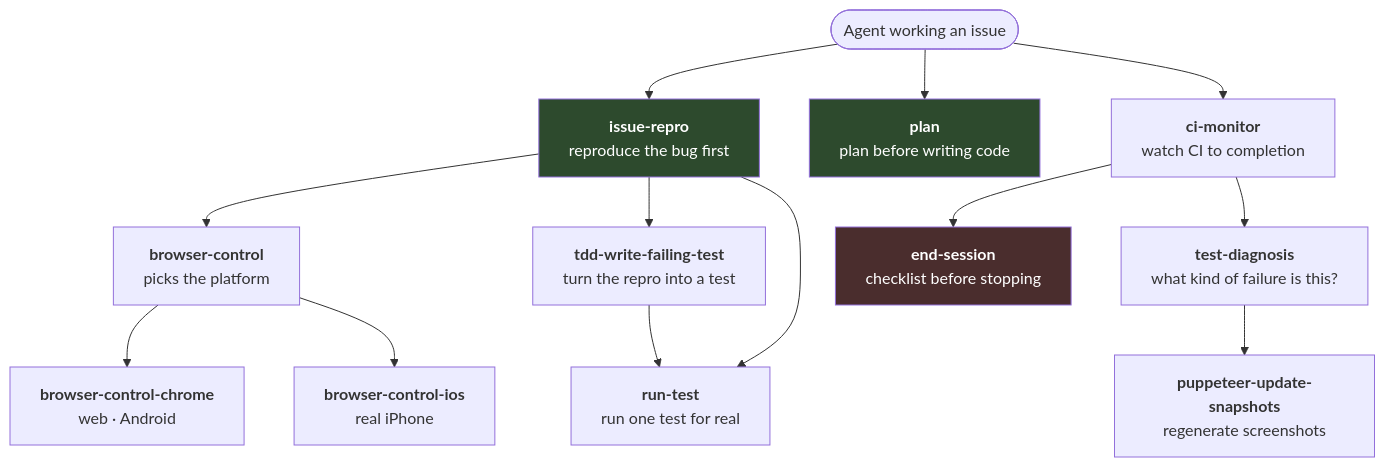
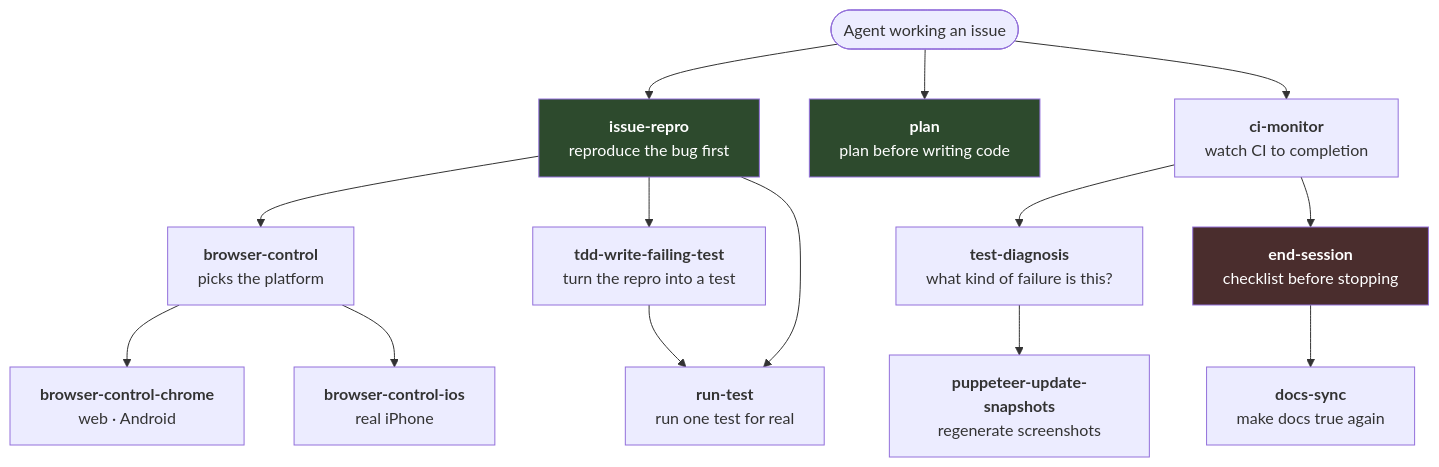
Before and after one commit to cybersemics/em: the diagram in docs/agents/skills.md, drawn with Mermaid. The commit also changed other lines of this file and 7 other files, not shown here.

````diff
--- a/docs/agents/skills.md
+++ b/docs/agents/skills.md
@@ -9,36 +9,38 @@
 ```mermaid
 flowchart TD
     START(["Agent working an issue"])
 
     START --> IR["<b>issue-repro</b><br/>reproduce the bug first"]
     START --> PL["<b>plan</b><br/>plan before writing code"]
     START --> CM["<b>ci-monitor</b><br/>watch CI to completion"]
 
     IR --> BC["<b>browser-control</b><br/>picks the platform"]
     BC --> BCC["<b>browser-control-chrome</b><br/>web · Android"]
     BC --> BCI["<b>browser-control-ios</b><br/>real iPhone"]
     IR --> TDD["<b>tdd-write-failing-test</b><br/>turn the repro into a test"]
     TDD --> RT["<b>run-test</b><br/>run one test for real"]
     IR --> RT
 
     CM --> TD["<b>test-diagnosis</b><br/>what kind of failure is this?"]
     TD --> PUS["<b>puppeteer-update-snapshots</b><br/>regenerate screenshots"]
 
     CM --> ES["<b>end-session</b><br/>checklist before stopping"]
+    ES --> DS["<b>docs-sync</b><br/>make docs true again"]
 
     style IR fill:#2d4a2d,color:#fff
     style PL fill:#2d4a2d,color:#fff
     style ES fill:#4a2d2d,color:#fff
 
     click IR "skills.md#issue-repro" "issue-repro — reproduce before investigating"
     click PL "skills.md#plan" "plan — plan and critique before implementing"
     click ES "skills.md#end-session" "end-session — the exit checklist"
+    click DS "skills.md#docs-sync" "docs-sync — keep documentation true"
     click BC "skills.md#browser-control" "browser-control — routes by platform"
     click BCC "skills.md#browser-control-chrome" "browser-control-chrome — web and Android"
     click BCI "skills.md#browser-control-ios" "browser-control-ios — real iPhone"
     click TDD "skills.md#tdd-write-failing-test" "tdd-write-failing-test — capture the bug"
     click RT "skills.md#run-test" "run-test — run one test for real"
     click CM "skills.md#ci-monitor" "ci-monitor — wait for every check"
     click TD "skills.md#test-diagnosis" "test-diagnosis — classify the failure"
     click PUS "skills.md#puppeteer-update-snapshots" "puppeteer-update-snapshots — regenerate screenshots"
 ```
````
